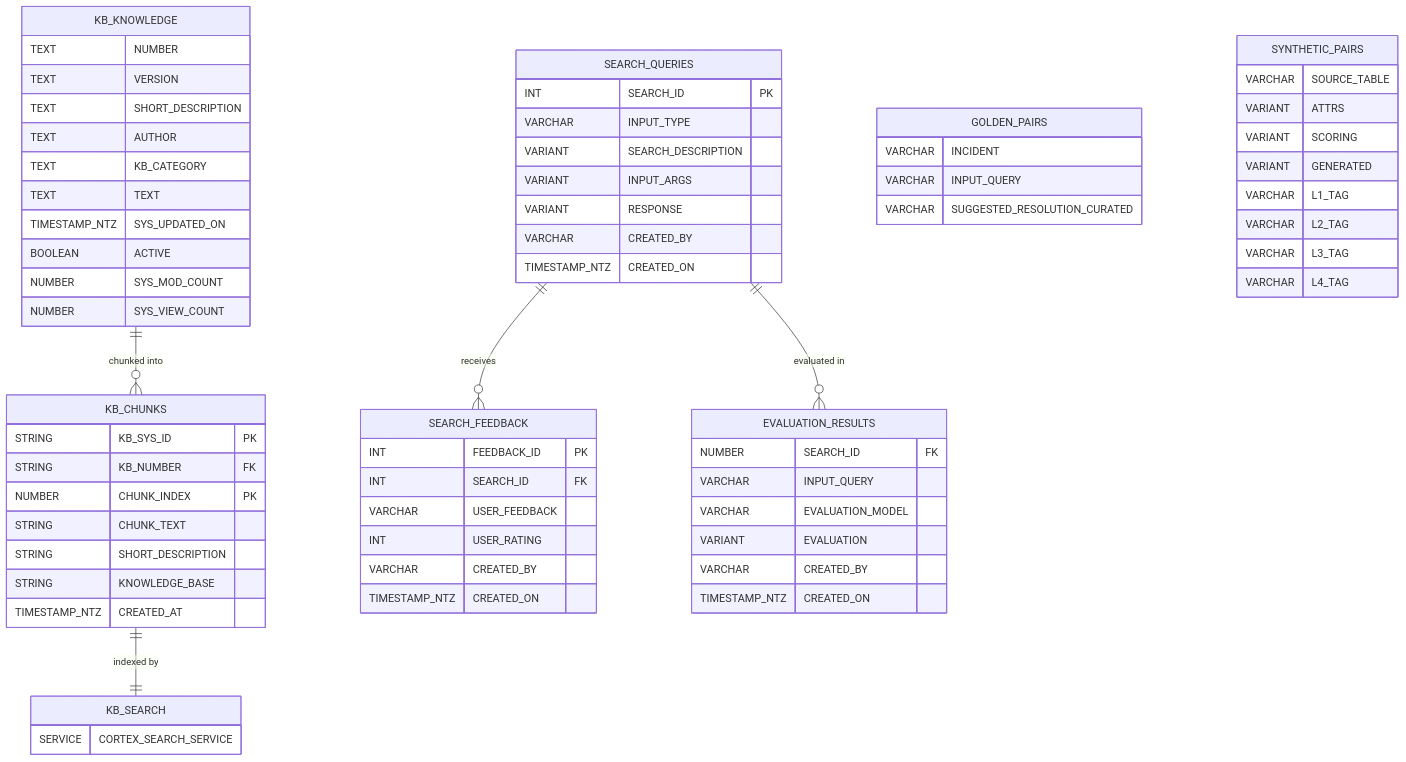
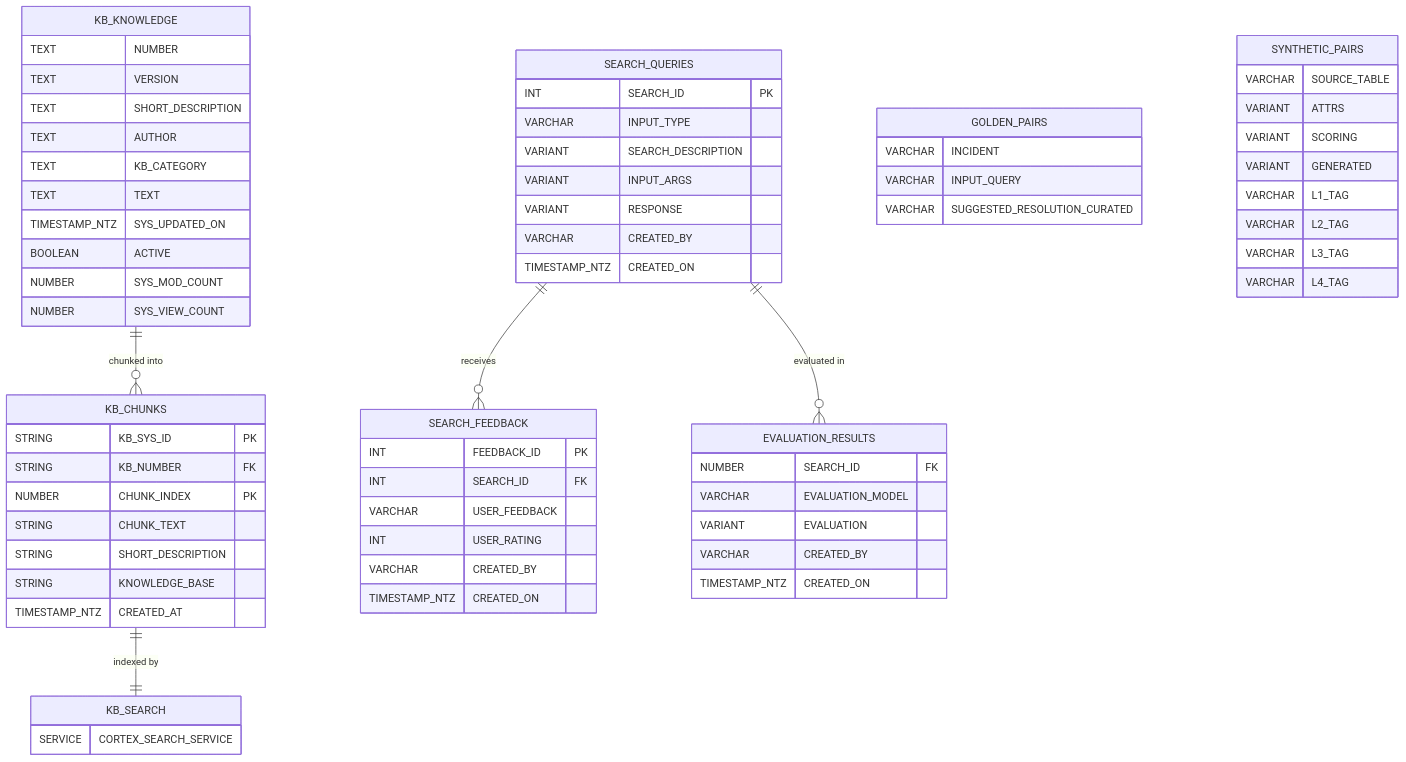
The diagram in knowledge-builder/docs/diagrams/ERD.md (sfc-gh-kganesan/precall-voice-assistant), drawn with Mermaid before and after one commit. The commit also changed 2 other files, not shown here.

Commit message:
[knowledge-builder] feat: simplify EVALUATION_RESULTS schema (#558)

````diff
--- a/knowledge-builder/docs/diagrams/ERD.md
+++ b/knowledge-builder/docs/diagrams/ERD.md
@@ -3,79 +3,78 @@
 ```mermaid
 erDiagram
     KB_KNOWLEDGE {
         TEXT NUMBER
         TEXT VERSION
         TEXT SHORT_DESCRIPTION
         TEXT AUTHOR
         TEXT KB_CATEGORY
         TEXT TEXT
         TIMESTAMP_NTZ SYS_UPDATED_ON
         BOOLEAN ACTIVE
         NUMBER SYS_MOD_COUNT
         NUMBER SYS_VIEW_COUNT
     }
 
     KB_CHUNKS {
         STRING KB_SYS_ID PK
         STRING KB_NUMBER FK
         NUMBER CHUNK_INDEX PK
         STRING CHUNK_TEXT
         STRING SHORT_DESCRIPTION
         STRING KNOWLEDGE_BASE
         TIMESTAMP_NTZ CREATED_AT
     }
 
     SEARCH_QUERIES {
         INT SEARCH_ID PK
         VARCHAR INPUT_TYPE
         VARIANT SEARCH_DESCRIPTION
         VARIANT INPUT_ARGS
         VARIANT RESPONSE
         VARCHAR CREATED_BY
         TIMESTAMP_NTZ CREATED_ON
     }
 
     SEARCH_FEEDBACK {
         INT FEEDBACK_ID PK
         INT SEARCH_ID FK
         VARCHAR USER_FEEDBACK
         INT USER_RATING
         VARCHAR CREATED_BY
         TIMESTAMP_NTZ CREATED_ON
     }
 
     EVALUATION_RESULTS {
         NUMBER SEARCH_ID FK
-        VARCHAR INPUT_QUERY
         VARCHAR EVALUATION_MODEL
         VARIANT EVALUATION
         VARCHAR CREATED_BY
         TIMESTAMP_NTZ CREATED_ON
     }
 
     GOLDEN_PAIRS {
         VARCHAR INCIDENT
         VARCHAR INPUT_QUERY
         VARCHAR SUGGESTED_RESOLUTION_CURATED
     }
 
     SYNTHETIC_PAIRS {
         VARCHAR SOURCE_TABLE
         VARIANT ATTRS
         VARIANT SCORING
         VARIANT GENERATED
         VARCHAR L1_TAG
         VARCHAR L2_TAG
         VARCHAR L3_TAG
         VARCHAR L4_TAG
     }
 
     KB_SEARCH {
         SERVICE CORTEX_SEARCH_SERVICE
     }
 
     KB_KNOWLEDGE ||--o{ KB_CHUNKS : "chunked into"
     KB_CHUNKS ||--|| KB_SEARCH : "indexed by"
     SEARCH_QUERIES ||--o{ SEARCH_FEEDBACK : "receives"
     SEARCH_QUERIES ||--o{ EVALUATION_RESULTS : "evaluated in"
 ```
````
